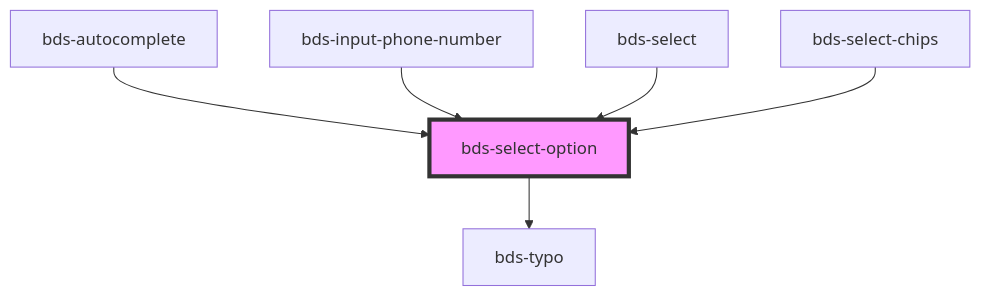
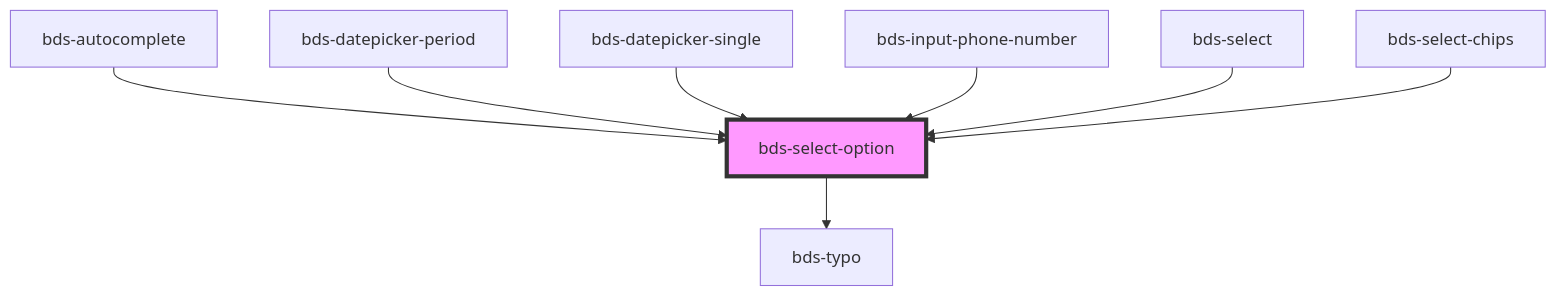
One commit to takenet/blip-ds changed the diagram in src/components/select-option/readme.md. Above: the diagram before and after it, drawn with Mermaid. The commit also changed other lines of this file and 21 other files, not shown here.

````diff
--- a/src/components/select-option/readme.md
+++ b/src/components/select-option/readme.md
@@ -44,9 +46,11 @@
 ```mermaid
 graph TD;
   bds-select-option --> bds-typo
   bds-autocomplete --> bds-select-option
+  bds-datepicker-period --> bds-select-option
+  bds-datepicker-single --> bds-select-option
   bds-input-phone-number --> bds-select-option
   bds-select --> bds-select-option
   bds-select-chips --> bds-select-option
   style bds-select-option fill:#f9f,stroke:#333,stroke-width:4px
 ```
````
